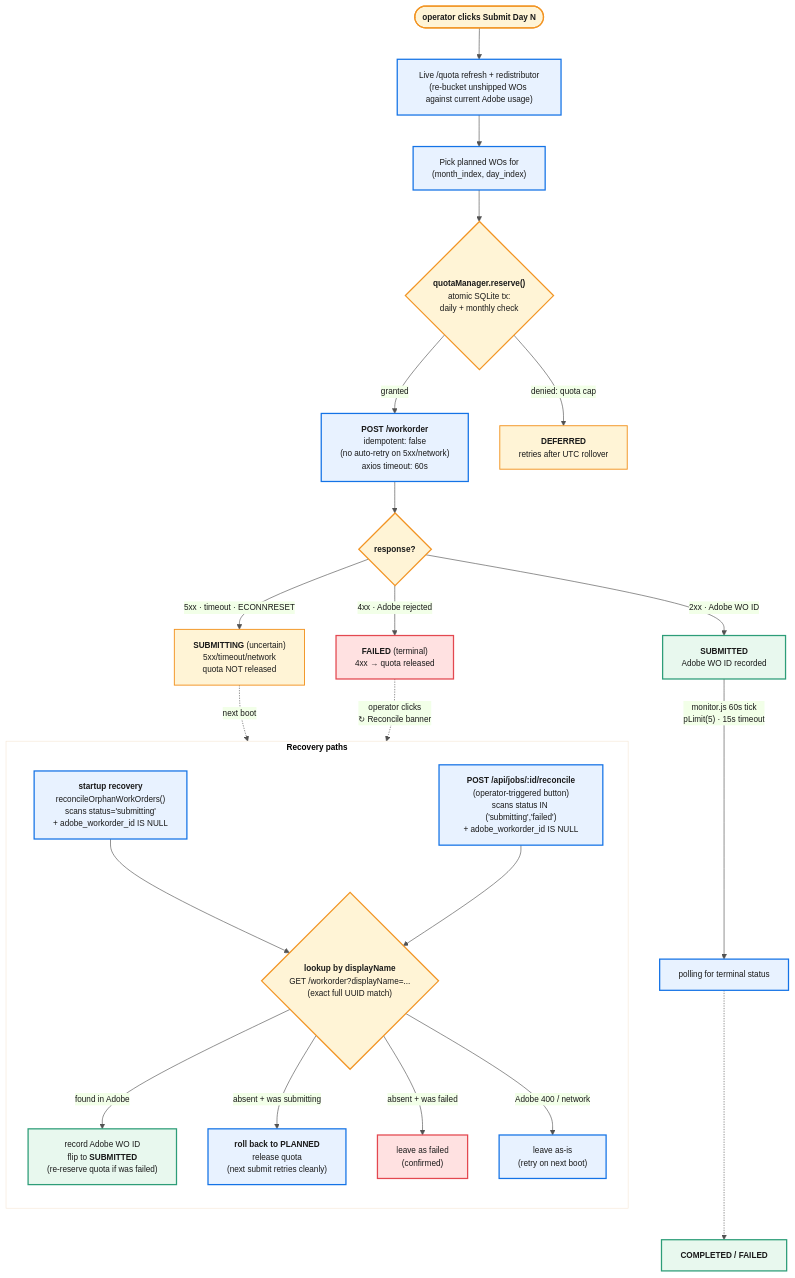
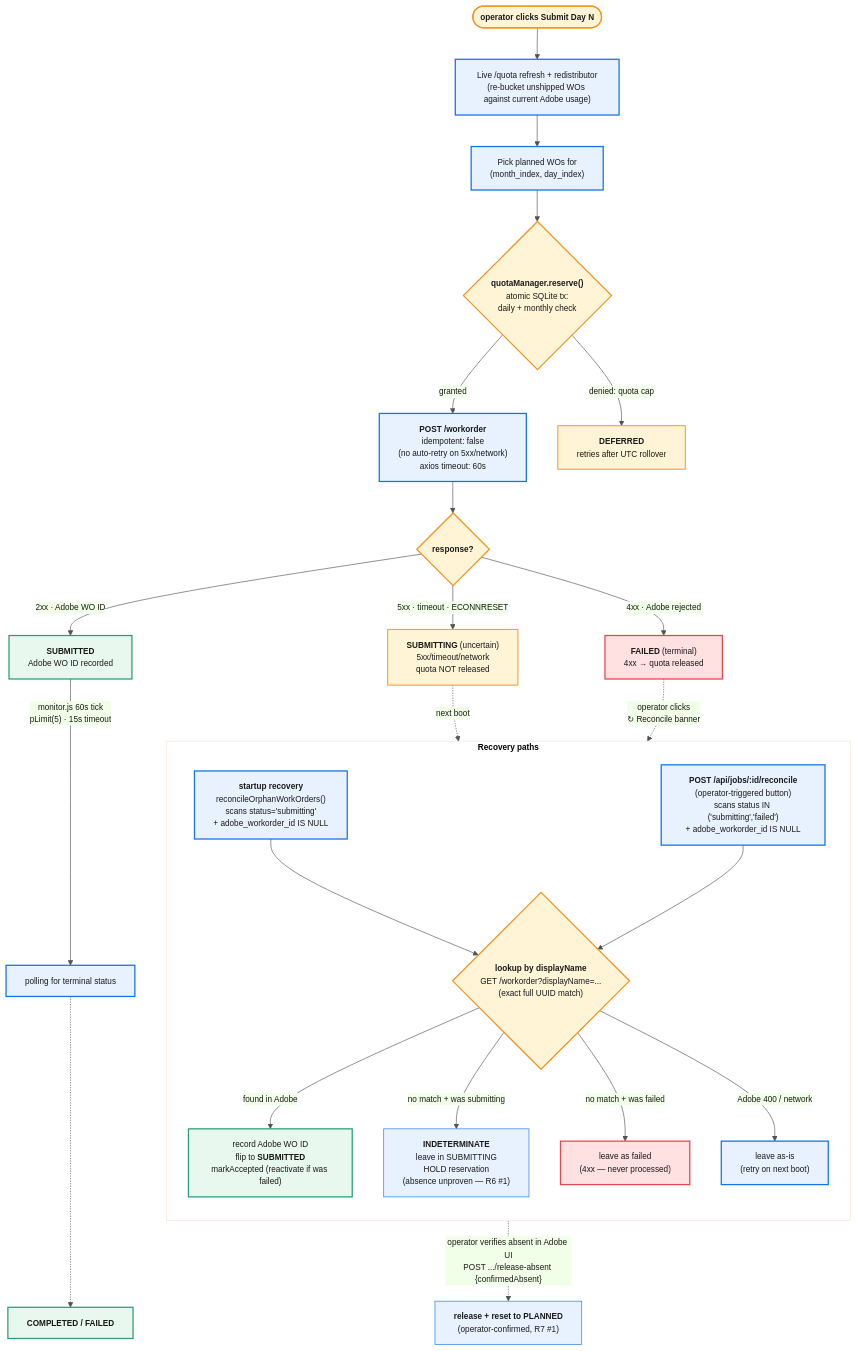
Before and after one commit to tkantk/aep-lifecycle-helper: the diagram in docs/diagrams/08-submit-reconcile-flow.mmd, drawn with Mermaid. The commit also changed 14 other files, not shown here.

```diff
--- a/docs/diagrams/08-submit-reconcile-flow.mmd
+++ b/docs/diagrams/08-submit-reconcile-flow.mmd
@@ -1,70 +1,72 @@
 %%{init: {
   'theme':'base',
   'themeVariables': {
     'primaryColor':'#E8F2FF',
     'primaryTextColor':'#1A1A1A',
     'primaryBorderColor':'#1473E6',
     'lineColor':'#525252',
     'fontFamily':'Inter, Segoe UI, Helvetica, Arial, sans-serif',
     'fontSize':'13px'
   }
 }}%%
 flowchart TB
   Start(["<b>operator clicks Submit Day N</b>"])
 
   Quota["Live /quota refresh + redistributor<br/>(re-bucket unshipped WOs against current Adobe usage)"]
 
   Pick["Pick planned WOs for<br/>(month_index, day_index)"]
 
   Reserve{"<b>quotaManager.reserve()</b><br/>atomic SQLite tx:<br/>daily + monthly check"}
 
   Submit["<b>POST /workorder</b><br/>idempotent: false<br/>(no auto-retry on 5xx/network)<br/>axios timeout: 60s"]
 
   Outcome{"<b>response?</b>"}
 
   Submitted["<b>SUBMITTED</b><br/>Adobe WO ID recorded"]
   Deferred["<b>DEFERRED</b><br/>retries after UTC rollover"]
   Failed["<b>FAILED</b> (terminal)<br/>4xx → quota released"]
   Uncertain["<b>SUBMITTING</b> (uncertain)<br/>5xx/timeout/network<br/>quota NOT released"]
 
   Start --> Quota --> Pick --> Reserve
   Reserve -->|granted| Submit
   Reserve -->|"denied: quota cap"| Deferred
   Submit --> Outcome
   Outcome -->|"2xx · Adobe WO ID"| Submitted
   Outcome -->|"4xx · Adobe rejected"| Failed
   Outcome -->|"5xx · timeout · ECONNRESET"| Uncertain
 
   subgraph Recovery["<b>Recovery paths</b>"]
     direction TB
     Boot["<b>startup recovery</b><br/>reconcileOrphanWorkOrders()<br/>scans status='submitting'<br/>+ adobe_workorder_id IS NULL"]
     Manual["<b>POST /api/jobs/:id/reconcile</b><br/>(operator-triggered button)<br/>scans status IN ('submitting','failed')<br/>+ adobe_workorder_id IS NULL"]
     Lookup{"<b>lookup by displayName</b><br/>GET /workorder?displayName=...<br/>(exact full UUID match)"}
 
     Boot --> Lookup
     Manual --> Lookup
 
-    Lookup -->|"found in Adobe"| FixIt["record Adobe WO ID<br/>flip to <b>SUBMITTED</b><br/>(re-reserve quota if was failed)"]
-    Lookup -->|"absent + was submitting"| Rollback["<b>roll back to PLANNED</b><br/>release quota<br/>(next submit retries cleanly)"]
-    Lookup -->|"absent + was failed"| Stay["leave as failed<br/>(confirmed)"]
+    Lookup -->|"found in Adobe"| FixIt["record Adobe WO ID<br/>flip to <b>SUBMITTED</b><br/>markAccepted (reactivate if was failed)"]
+    Lookup -->|"no match + was submitting"| Indet["<b>INDETERMINATE</b><br/>leave in SUBMITTING<br/>HOLD reservation<br/>(absence unproven — R6 #1)"]
+    Lookup -->|"no match + was failed"| Stay["leave as failed<br/>(4xx — never processed)"]
     Lookup -->|"Adobe 400 / network"| Leave["leave as-is<br/>(retry on next boot)"]
   end
+
+  Indet -.->|"operator verifies absent in Adobe UI<br/>POST .../release-absent {confirmedAbsent}"| OpRelease["<b>release + reset to PLANNED</b><br/>(operator-confirmed, R7 #1)"]
 
   Uncertain -.->|"next boot"| Boot
   Failed -.->|"operator clicks<br/>↻ Reconcile banner"| Manual
   Submitted -->|"monitor.js 60s tick<br/>pLimit(5) · 15s timeout"| Monitor["polling for terminal status"]
   Monitor -.-> Done["<b>COMPLETED / FAILED</b>"]
 
   classDef start fill:#FFF4D6,stroke:#F29423,stroke-width:2px,color:#1A1A1A
   classDef gate  fill:#FFF4D6,stroke:#F29423,stroke-width:2px,color:#1A1A1A
   classDef ok    fill:#E8F8EE,stroke:#2D9D78,stroke-width:2px,color:#1A1A1A
   classDef warn  fill:#FFF4D6,stroke:#F29423,stroke-width:1.5px,color:#1A1A1A
   classDef bad   fill:#FFE1E1,stroke:#E34850,stroke-width:2px,color:#1A1A1A
   classDef proc  fill:#E8F2FF,stroke:#1473E6,stroke-width:2px,color:#1A1A1A
 
   class Start start
   class Reserve,Outcome,Lookup gate
   class Submitted,FixIt,Done ok
   class Deferred,Uncertain warn
   class Failed,Stay bad
   class Quota,Pick,Submit,Boot,Manual,Rollback,Leave,Monitor proc
```
